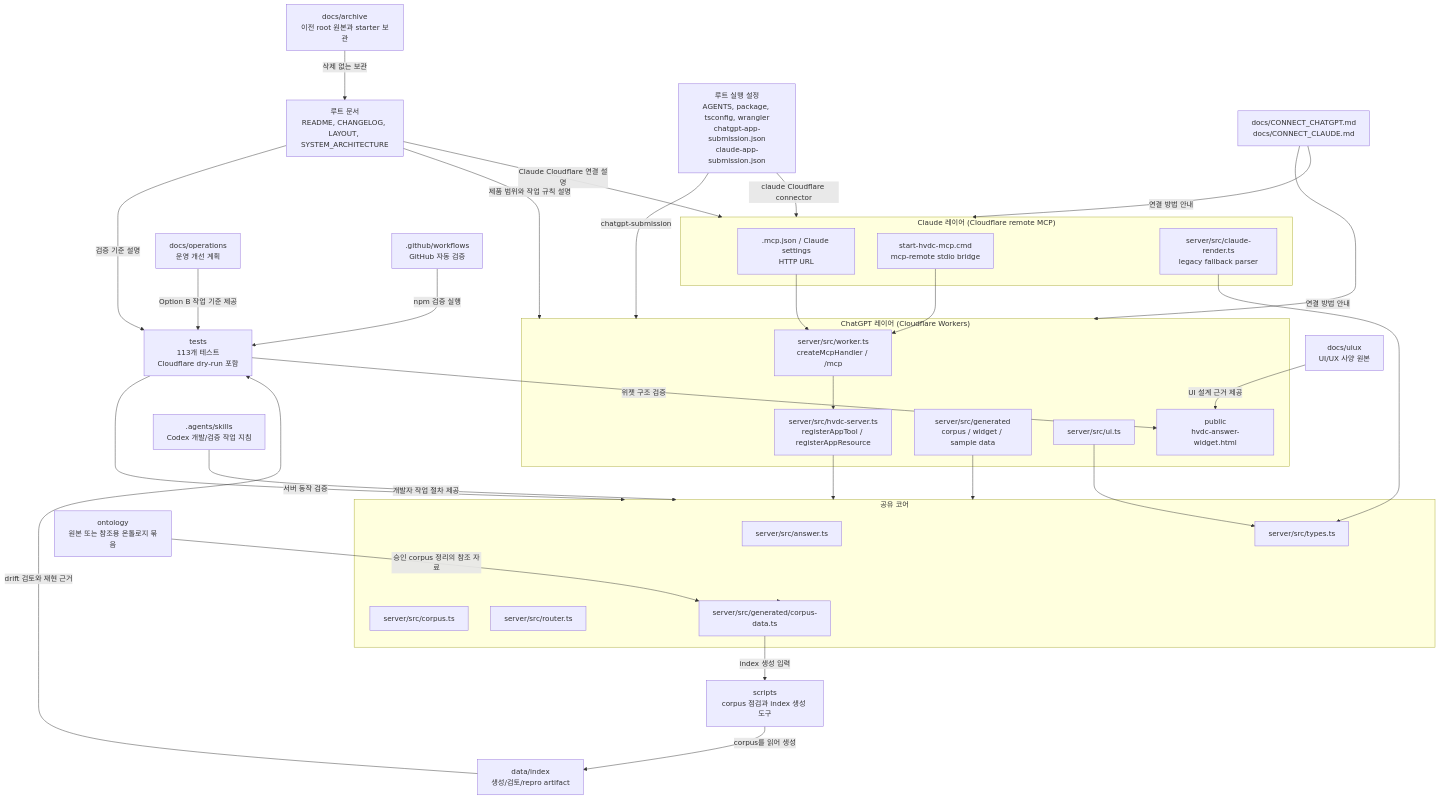
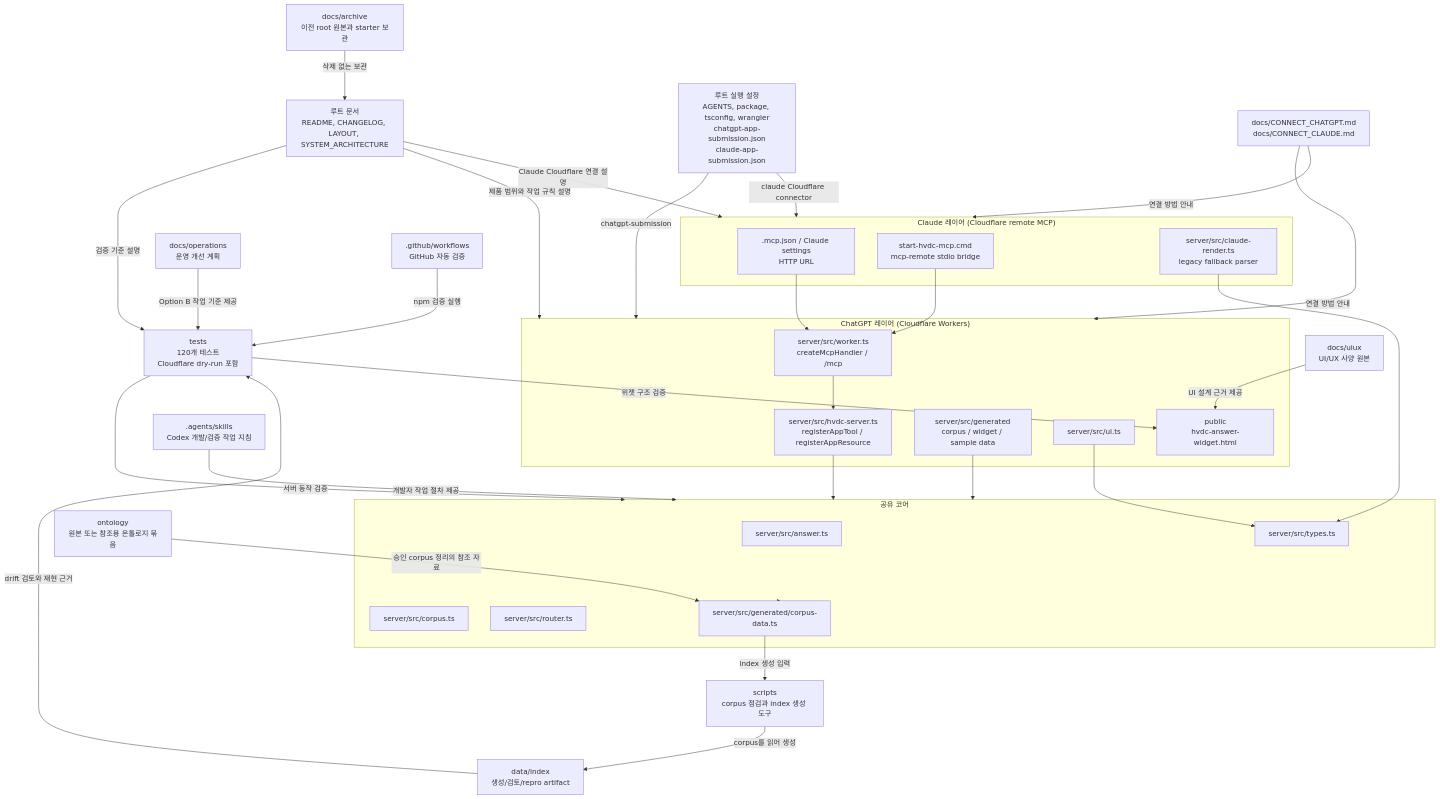
Before and after one commit to macho715/SCT_ONTOLOGY: the diagram in LAYOUT.md, drawn with Mermaid. The commit also changed other lines of this file and 15 other files, not shown here.

````diff
--- a/LAYOUT.md
+++ b/LAYOUT.md
@@ -11,66 +11,66 @@
 ```mermaid
 flowchart TD
   RootDocs["루트 문서<br/>README, CHANGELOG, LAYOUT, SYSTEM_ARCHITECTURE"]
   RootConfig["루트 실행 설정<br/>AGENTS, package, tsconfig, wrangler<br/>chatgpt-app-submission.json<br/>claude-app-submission.json"]
 
   subgraph ServerChatGPT["ChatGPT 레이어 (Cloudflare Workers)"]
     WorkerTs["server/src/worker.ts<br/>createMcpHandler / /mcp"]
     HvdcServerTs["server/src/hvdc-server.ts<br/>registerAppTool / registerAppResource"]
     GeneratedTs["server/src/generated<br/>corpus / widget / sample data"]
     UiTs["server/src/ui.ts"]
     Public["public<br/>hvdc-answer-widget.html"]
   end
 
   subgraph ServerClaude["Claude 레이어 (Cloudflare remote MCP)"]
     ClaudeConfig[".mcp.json / Claude settings<br/>HTTP URL"]
     ClaudeBridge["start-hvdc-mcp.cmd<br/>mcp-remote stdio bridge"]
     ClaudeRender["server/src/claude-render.ts<br/>legacy fallback parser"]
   end
 
   subgraph SharedCore["공유 코어"]
     Answer["server/src/answer.ts"]
     Corpus["server/src/corpus.ts"]
     Router["server/src/router.ts"]
     Types["server/src/types.ts"]
     CorpusFiles["server/src/generated/corpus-data.ts"]
   end
 
-  Tests["tests<br/>113개 테스트<br/>Cloudflare dry-run 포함"]
+  Tests["tests<br/>120개 테스트<br/>Cloudflare dry-run 포함"]
   Scripts["scripts<br/>corpus 점검과 index 생성 도구"]
   Index["data/index<br/>생성/검토/repro artifact"]
   Ontology["ontology<br/>원본 또는 참조용 온톨로지 묶음"]
   DocsOps["docs/operations<br/>운영 개선 계획"]
   DocsConnect["docs/CONNECT_CHATGPT.md<br/>docs/CONNECT_CLAUDE.md"]
   DocsUiux["docs/uiux<br/>UI/UX 사양 원본"]
   DocsArchive["docs/archive<br/>이전 root 원본과 starter 보관"]
   Skills[".agents/skills<br/>Codex 개발/검증 작업 지침"]
   Workflows[".github/workflows<br/>GitHub 자동 검증"]
 
   RootDocs -->|"제품 범위와 작업 규칙 설명"| ServerChatGPT
   RootDocs -->|"Claude Cloudflare 연결 설명"| ServerClaude
   RootDocs -->|"검증 기준 설명"| Tests
   RootConfig -->|"chatgpt-submission"| ServerChatGPT
   RootConfig -->|"claude Cloudflare connector"| ServerClaude
   DocsConnect -->|"연결 방법 안내"| ServerChatGPT
   DocsConnect -->|"연결 방법 안내"| ServerClaude
 
   WorkerTs --> HvdcServerTs
   HvdcServerTs --> SharedCore
   GeneratedTs --> SharedCore
   ClaudeConfig --> WorkerTs
   ClaudeBridge --> WorkerTs
   ClaudeRender --> Types
   UiTs --> Types
   SharedCore --> CorpusFiles
   Ontology -->|"승인 corpus 정리의 참조 자료"| CorpusFiles
   Scripts -->|"corpus를 읽어 생성"| Index
   CorpusFiles -->|"index 생성 입력"| Scripts
   Index -->|"drift 검토와 재현 근거"| Tests
   Tests -->|"서버 동작 검증"| SharedCore
   Tests -->|"위젯 구조 검증"| Public
   Skills -->|"개발자 작업 절차 제공"| SharedCore
   Workflows -->|"npm 검증 실행"| Tests
   DocsOps -->|"Option B 작업 기준 제공"| Tests
   DocsUiux -->|"UI 설계 근거 제공"| Public
   DocsArchive -->|"삭제 없는 보관"| RootDocs
 ```
````
